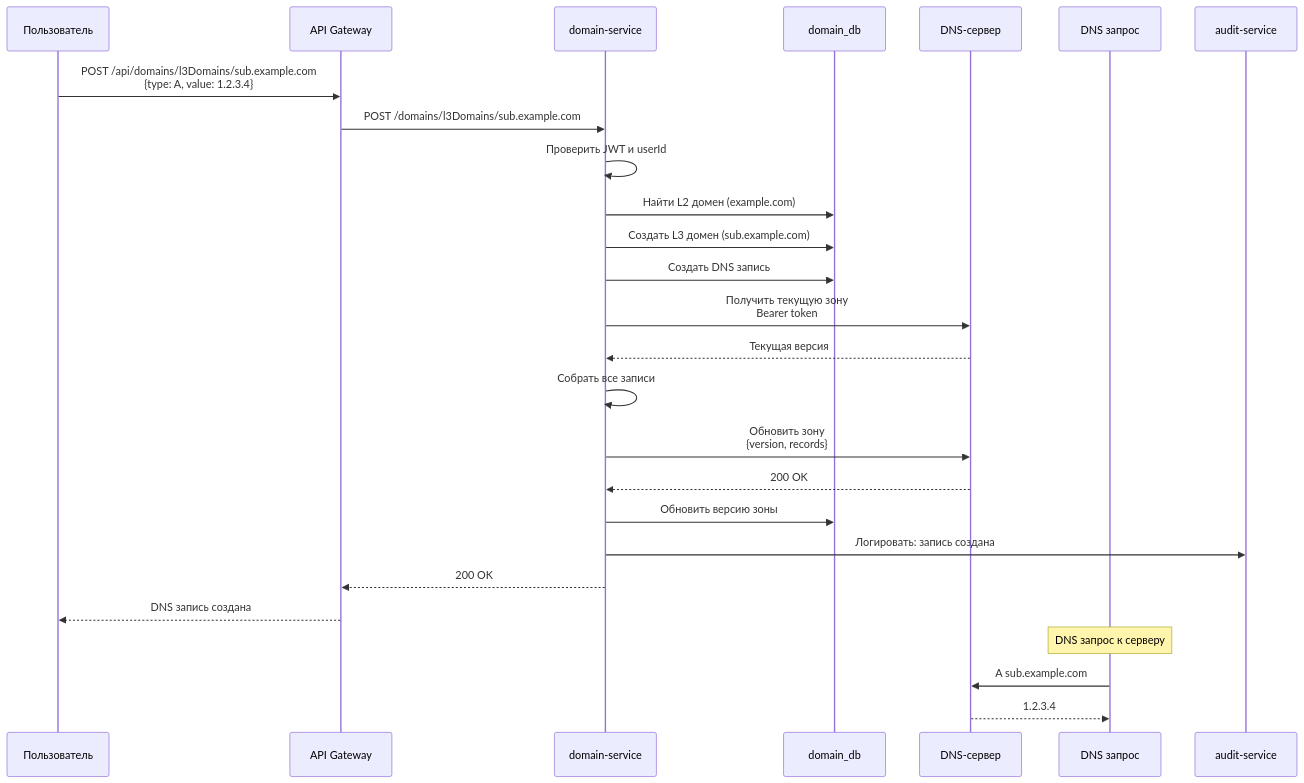
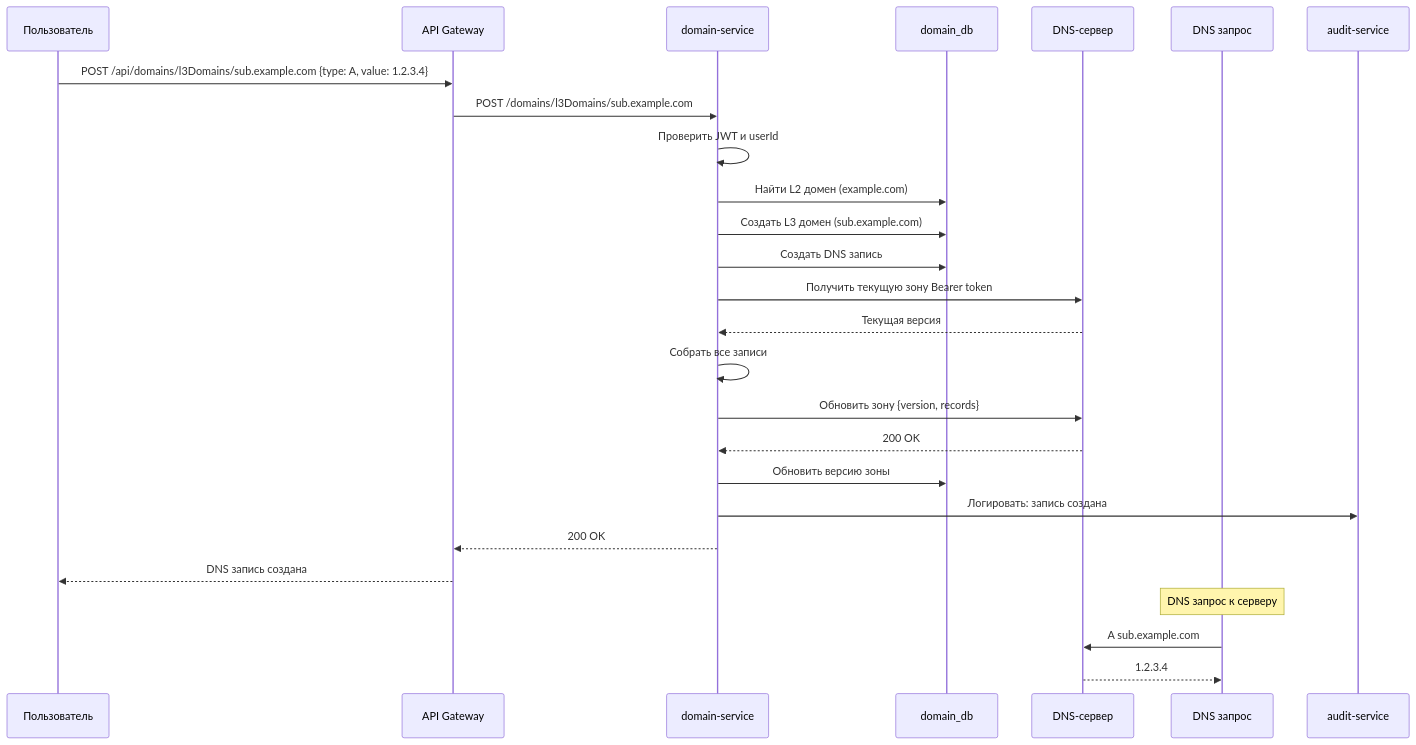
One commit to PawKorchagin/hrofos-domain-register changed the fourth of 25 diagrams in README.md. Above: the diagram before and after it, drawn with Mermaid. The commit also changed other lines of this file, not shown here.

````diff
--- a/README.md
+++ b/README.md
@@ -215,36 +215,36 @@
 ```mermaid
 sequenceDiagram
     participant U as Пользователь
     participant GW as API Gateway
     participant Domain as domain-service
     participant DB as domain_db
     participant Dns as DNS-сервер
     participant Query as DNS запрос
     participant Audit as audit-service
 
-    U->>GW: POST /api/domains/l3Domains/sub.example.com<br/>{type: A, value: 1.2.3.4}
+    U->>GW: POST /api/domains/l3Domains/sub.example.com {type: A, value: 1.2.3.4}
     GW->>Domain: POST /domains/l3Domains/sub.example.com
 
     Domain->>Domain: Проверить JWT и userId
     Domain->>DB: Найти L2 домен (example.com)
     Domain->>DB: Создать L3 домен (sub.example.com)
     Domain->>DB: Создать DNS запись
 
-    Domain->>Dns: Получить текущую зону<br/>Bearer token
+    Domain->>Dns: Получить текущую зону Bearer token
     Dns-->>Domain: Текущая версия
 
     Domain->>Domain: Собрать все записи
-    Domain->>Dns: Обновить зону<br/>{version, records}
+    Domain->>Dns: Обновить зону {version, records}
     Dns-->>Domain: 200 OK
 
     Domain->>DB: Обновить версию зоны
 
     Domain->>Audit: Логировать: запись создана
 
     Domain-->>GW: 200 OK
     GW-->>U: DNS запись создана
 
     Note over Query: DNS запрос к серверу
     Query->>Dns: A sub.example.com
     Dns-->>Query: 1.2.3.4
 ```
````
